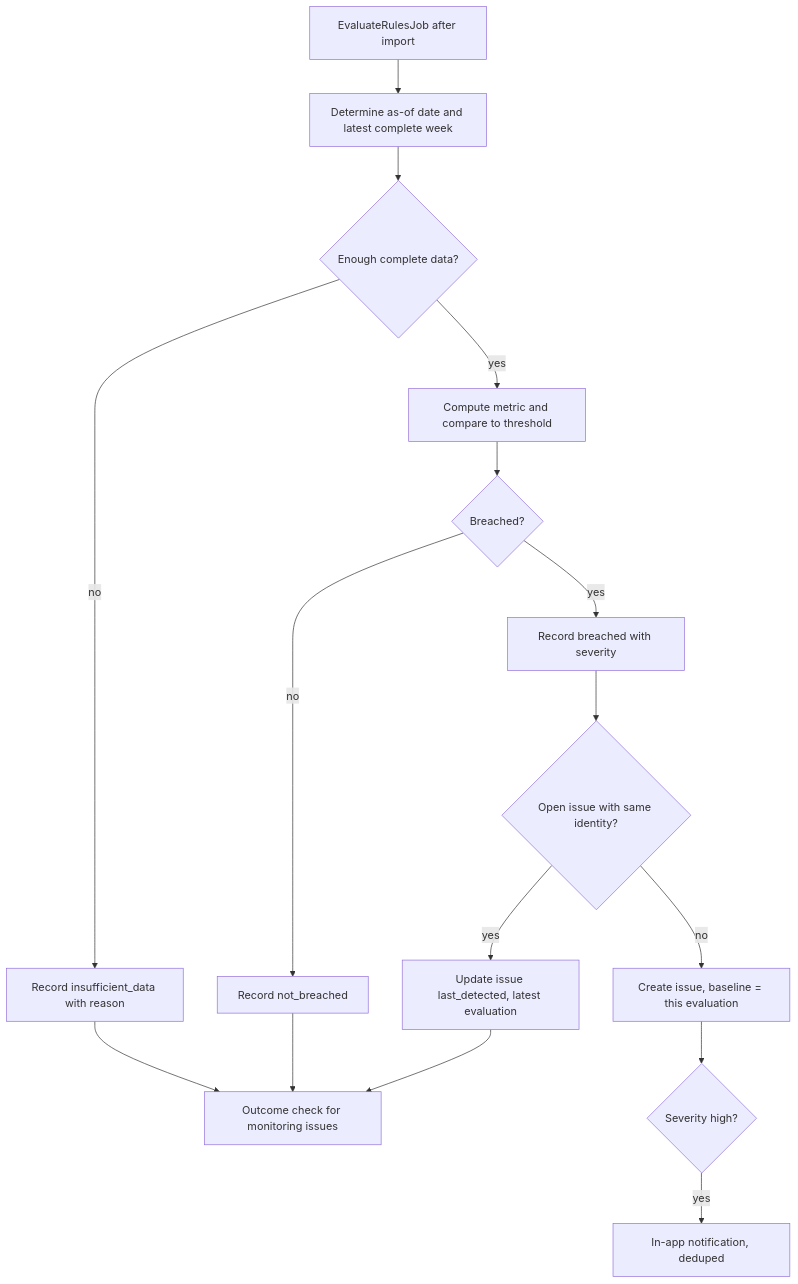
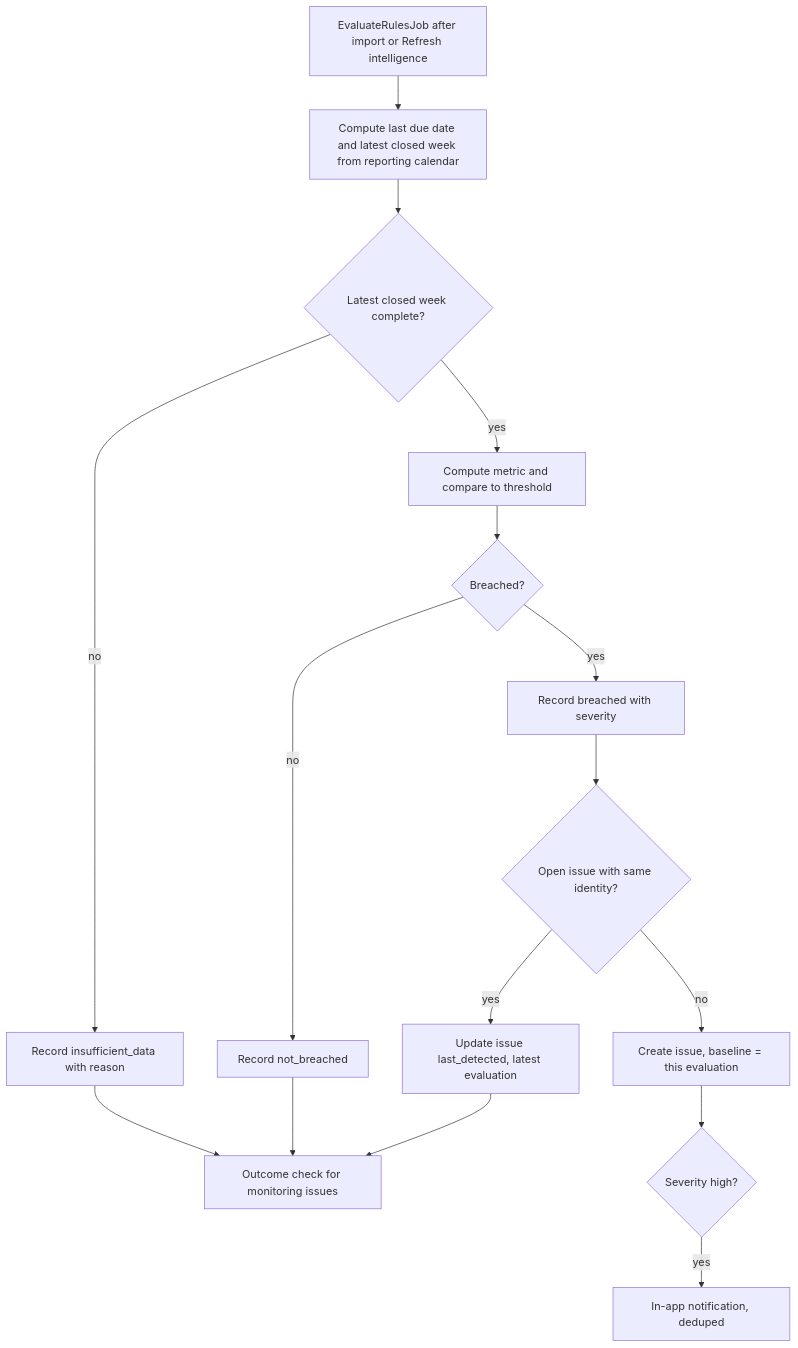
The second of 8 diagrams in docs/business-workflows.md (shojibur/BusinessPulse), drawn with Mermaid before and after one commit. The commit also changed other lines of this file and 40 other files, not shown here.

````diff
--- a/docs/business-workflows.md
+++ b/docs/business-workflows.md
@@ -52,18 +55,18 @@
 ```mermaid
 flowchart TD
-  A[EvaluateRulesJob after import] --> B[Determine as-of date and latest complete week]
-  B --> C{Enough complete data?}
+  A[EvaluateRulesJob after import or Refresh intelligence] --> B[Compute last due date and latest closed week from reporting calendar]
+  B --> C{Latest closed week complete?}
   C -- no --> D[Record insufficient_data with reason]
   C -- yes --> E[Compute metric and compare to threshold]
   E --> F{Breached?}
   F -- no --> G[Record not_breached]
   F -- yes --> H[Record breached with severity]
   H --> I{Open issue with same identity?}
   I -- yes --> J[Update issue last_detected, latest evaluation]
   I -- no --> K[Create issue, baseline = this evaluation]
   K --> L{Severity high?}
   L -- yes --> M[In-app notification, deduped]
   G --> N[Outcome check for monitoring issues]
   D --> N
   J --> N
 ```
````
